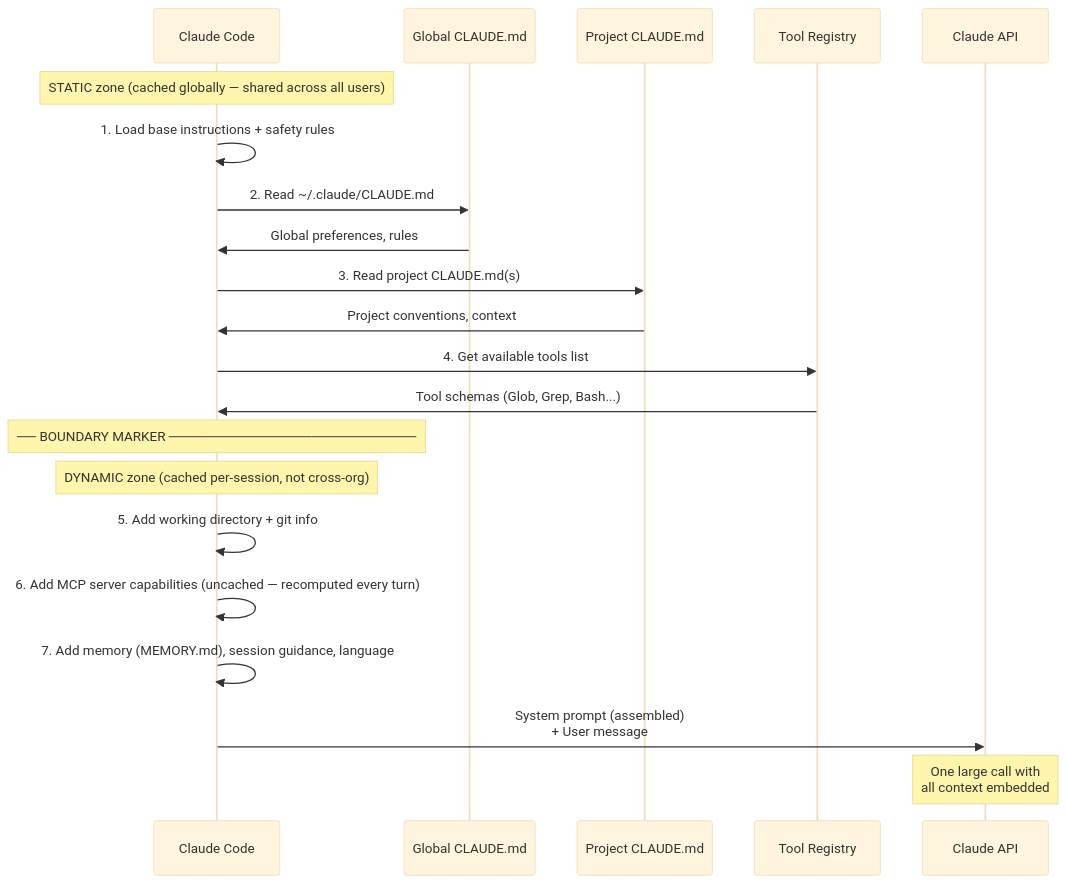
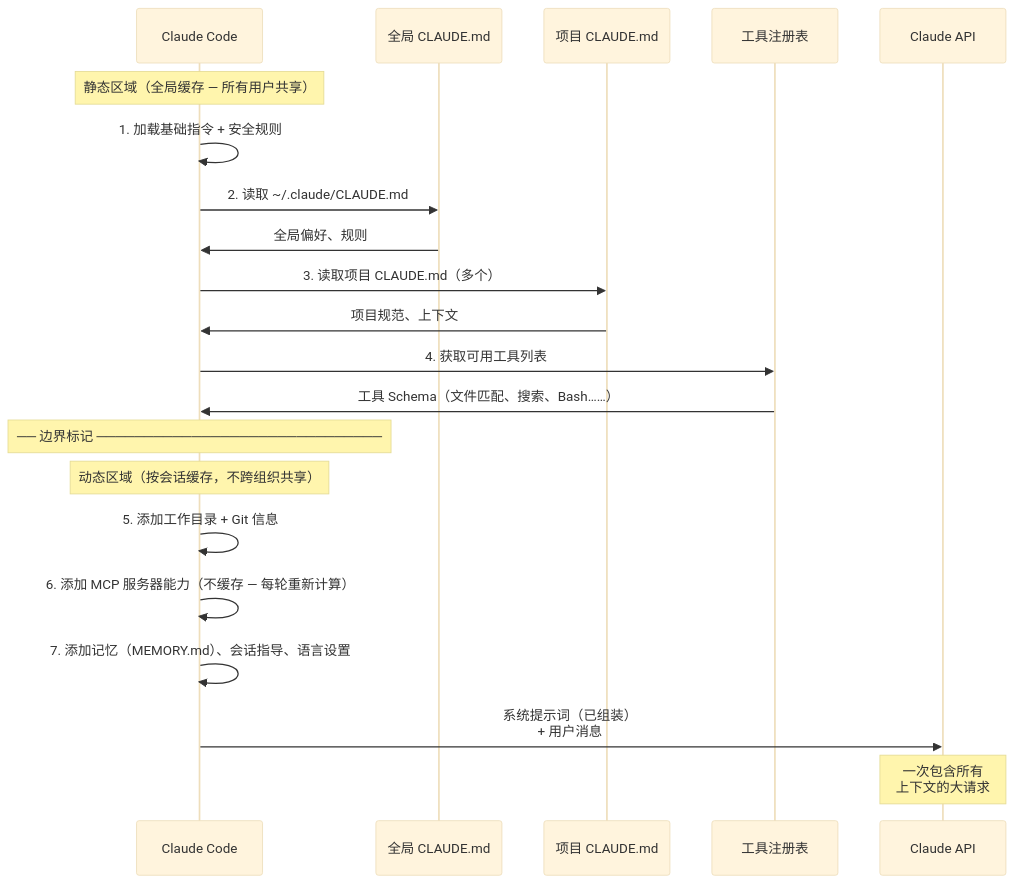
Before and after one commit to lawrencewzen/aispark-wiki: the third of 4 diagrams in claude-code/diagrams/04-architecture-internals.md, drawn with Mermaid (base theme). The commit also changed other lines of this file and 82 other files, not shown here.

````diff
--- a/claude-code/diagrams/04-architecture-internals.md
+++ b/claude-code/diagrams/04-architecture-internals.md
@@ -197,24 +197,24 @@
 ```mermaid
 sequenceDiagram
     participant CC as Claude Code
-    participant G as Global CLAUDE.md
-    participant P as Project CLAUDE.md
-    participant T as Tool Registry
+    participant G as 全局 CLAUDE.md
+    participant P as 项目 CLAUDE.md
+    participant T as 工具注册表
     participant A as Claude API
 
-    Note over CC: STATIC zone (cached globally — shared across all users)
-    CC->>CC: 1. Load base instructions + safety rules
-    CC->>G: 2. Read ~/.claude/CLAUDE.md
-    G->>CC: Global preferences, rules
-    CC->>P: 3. Read project CLAUDE.md(s)
-    P->>CC: Project conventions, context
-    CC->>T: 4. Get available tools list
-    T->>CC: Tool schemas (Glob, Grep, Bash...)
-    Note over CC: ── BOUNDARY MARKER ──────────────────────────
-    Note over CC: DYNAMIC zone (cached per-session, not cross-org)
-    CC->>CC: 5. Add working directory + git info
-    CC->>CC: 6. Add MCP server capabilities (uncached — recomputed every turn)
-    CC->>CC: 7. Add memory (MEMORY.md), session guidance, language
-    CC->>A: System prompt (assembled)<br/>+ User message
-    Note over A: One large call with<br/>all context embedded
+    Note over CC: 静态区域（全局缓存 — 所有用户共享）
+    CC->>CC: 1. 加载基础指令 + 安全规则
+    CC->>G: 2. 读取 ~/.claude/CLAUDE.md
+    G->>CC: 全局偏好、规则
+    CC->>P: 3. 读取项目 CLAUDE.md（多个）
+    P->>CC: 项目规范、上下文
+    CC->>T: 4. 获取可用工具列表
+    T->>CC: 工具 Schema（文件匹配、搜索、Bash……）
+    Note over CC: ── 边界标记 ──────────────────────────────
+    Note over CC: 动态区域（按会话缓存，不跨组织共享）
+    CC->>CC: 5. 添加工作目录 + Git 信息
+    CC->>CC: 6. 添加 MCP 服务器能力（不缓存 — 每轮重新计算）
+    CC->>CC: 7. 添加记忆（MEMORY.md）、会话指导、语言设置
+    CC->>A: 系统提示词（已组装）<br/>+ 用户消息
+    Note over A: 一次包含所有<br/>上下文的大请求
 ```
````
